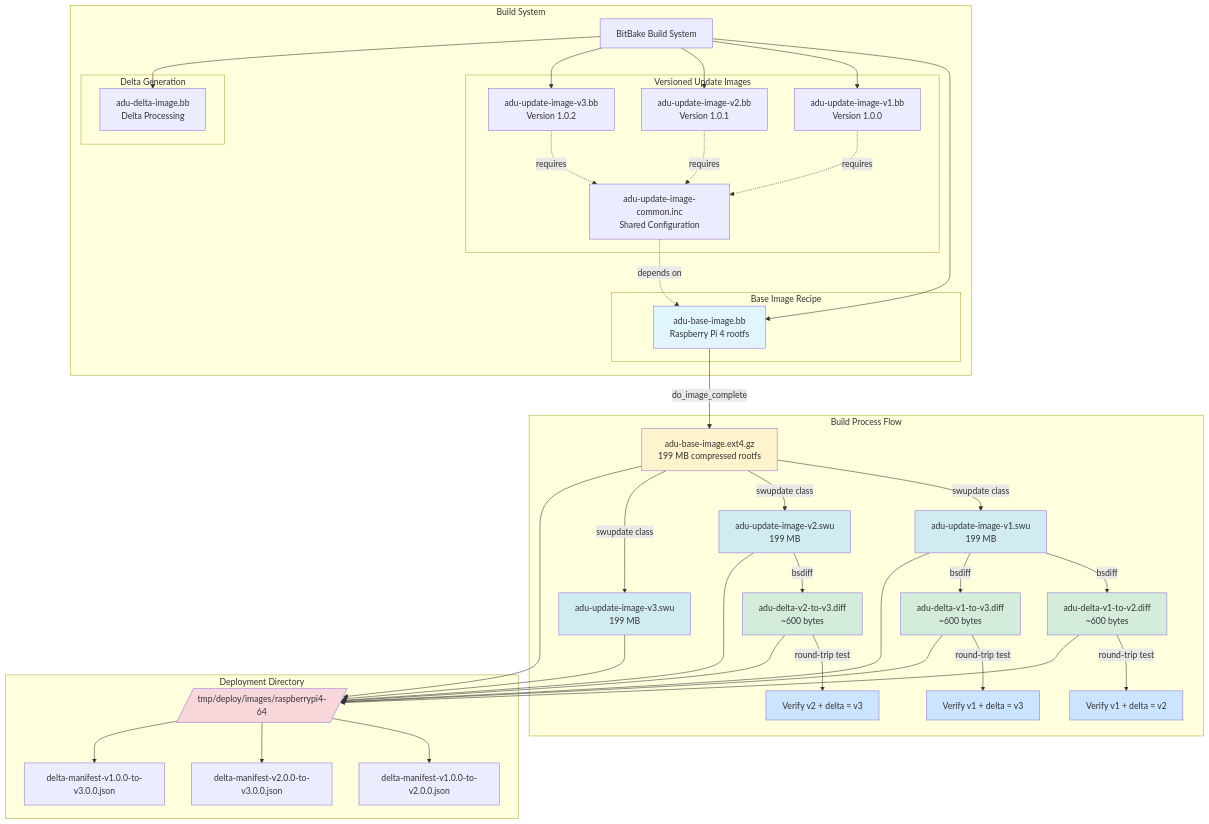
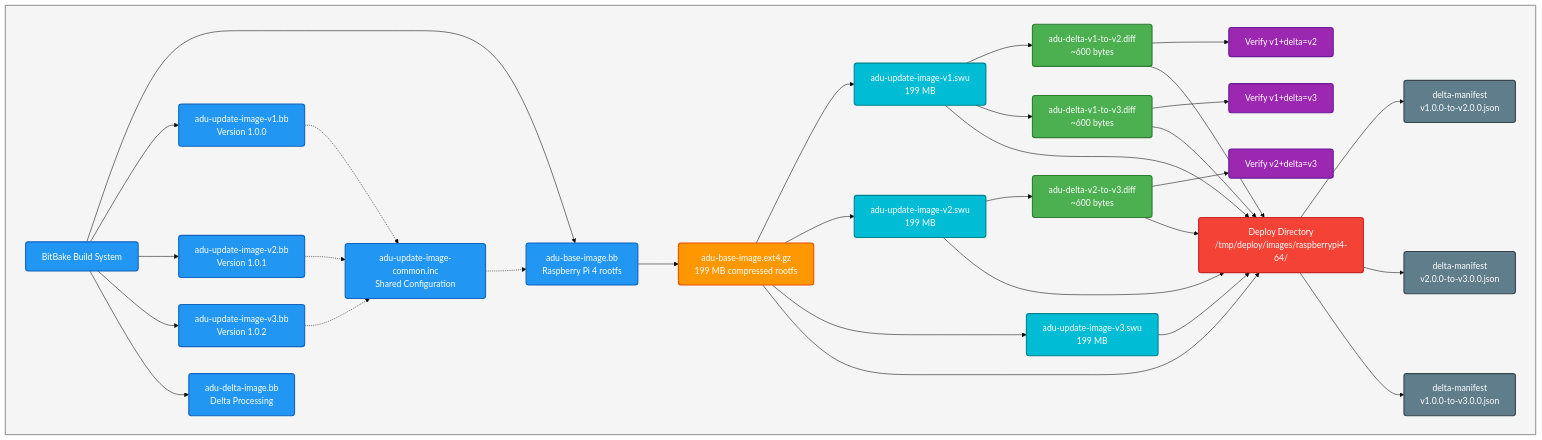
Before and after one commit to Azure/meta-iot-hub-device-update-delta: the diagram in README.md, drawn with Mermaid. The commit also changed 2 other files, not shown here.

Commit message:
Fix bsdiff build error Update document

````diff
--- a/README.md
+++ b/README.md
@@ -31,52 +31,57 @@
 ```mermaid
+%%{init: {'theme':'base', 'themeVariables': {'background':'#f5f5f5', 'mainBkg':'#f5f5f5', 'clusterBkg':'#f5f5f5', 'clusterBorder':'#ddd'}}}%%
 graph TB
-    subgraph "Build System"
+    subgraph diagram[" "]
         BB[BitBake Build System]
         
-        subgraph "Base Image Recipe"
-            BASE[adu-base-image.bb<br/>Raspberry Pi 4 rootfs]
-        end
+        BASE[adu-base-image.bb<br/>Raspberry Pi 4 rootfs]
+        V1[adu-update-image-v1.bb<br/>Version 1.0.0]
+        V2[adu-update-image-v2.bb<br/>Version 1.0.1]
+        V3[adu-update-image-v3.bb<br/>Version 1.0.2]
+        INC[adu-update-image-common.inc<br/>Shared Configuration]
+        DELTA[adu-delta-image.bb<br/>Delta Processing]
         
-        subgraph "Versioned Update Images"
-            V1[adu-update-image-v1.bb<br/>Version 1.0.0]
-            V2[adu-update-image-v2.bb<br/>Version 1.0.1]
-            V3[adu-update-image-v3.bb<br/>Version 1.0.2]
-            INC[adu-update-image-common.inc<br/>Shared Configuration]
-        end
+        EXT4[adu-base-image.ext4.gz<br/>199 MB compressed rootfs]
+        SWU1[adu-update-image-v1.swu<br/>199 MB]
+        SWU2[adu-update-image-v2.swu<br/>199 MB]
+        SWU3[adu-update-image-v3.swu<br/>199 MB]
         
-        subgraph "Delta Generation"
-            DELTA[adu-delta-image.bb<br/>Delta Processing]
-        end
+        D12[adu-delta-v1-to-v2.diff<br/>~600 bytes]
+        D23[adu-delta-v2-to-v3.diff<br/>~600 bytes]
+        D13[adu-delta-v1-to-v3.diff<br/>~600 bytes]
+        
+        VERIFY1[Verify v1+delta=v2]
+        VERIFY2[Verify v2+delta=v3]
+        VERIFY3[Verify v1+delta=v3]
+        
+        DEPLOY[Deploy Directory<br/>/tmp/deploy/images/raspberrypi4-64/]
+        M12[delta-manifest<br/>v1.0.0-to-v2.0.0.json]
+        M23[delta-manifest<br/>v2.0.0-to-v3.0.0.json]
+        M13[delta-manifest<br/>v1.0.0-to-v3.0.0.json]
         
         BB --> BASE
         BB --> V1
         BB --> V2
         BB --> V3
-        V1 -.requires.-> INC
-        V2 -.requires.-> INC
-        V3 -.requires.-> INC
-        INC -.depends on.-> BASE
         BB --> DELTA
-    end
-    
-    subgraph "Build Process Flow"
-        BASE -->|do_image_complete| EXT4[adu-base-image.ext4.gz<br/>199 MB compressed rootfs]
         
-        EXT4 -->|swupdate class| SWU1[adu-update-image-v1.swu<br/>199 MB]
-        EXT4 -->|swupdate class| SWU2[adu-update-image-v2.swu<br/>199 MB]
-        EXT4 -->|swupdate class| SWU3[adu-update-image-v3.swu<br/>199 MB]
+        V1 -.-> INC
+        V2 -.-> INC
+        V3 -.-> INC
+        INC -.-> BASE
         
-        SWU1 -->|bsdiff| D12[adu-delta-v1-to-v2.diff<br/>~600 bytes]
-        SWU2 -->|bsdiff| D23[adu-delta-v2-to-v3.diff<br/>~600 bytes]
-        SWU1 -->|bsdiff| D13[adu-delta-v1-to-v3.diff<br/>~600 bytes]
+        BASE --> EXT4
+        EXT4 --> SWU1
+        EXT4 --> SWU2
+        EXT4 --> SWU3
         
-        D12 -->|round-trip test| VERIFY1[Verify v1 + delta = v2]
-        D23 -->|round-trip test| VERIFY2[Verify v2 + delta = v3]
-        D13 -->|round-trip test| VERIFY3[Verify v1 + delta = v3]
-    end
-    
-    subgraph "Deployment Directory"
-        DEPLOY[/tmp/deploy/images/raspberrypi4-64/]
+        SWU1 --> D12
+        SWU2 --> D23
+        SWU1 --> D13
+        
+        D12 --> VERIFY1
+        D23 --> VERIFY2
+        D13 --> VERIFY3
         
         EXT4 --> DEPLOY
         SWU1 --> DEPLOY
@@ -86,21 +91,26 @@
         D23 --> DEPLOY
         D13 --> DEPLOY
         
-        DEPLOY --> M12[delta-manifest-v1.0.0-to-v2.0.0.json]
-        DEPLOY --> M23[delta-manifest-v2.0.0-to-v3.0.0.json]
-        DEPLOY --> M13[delta-manifest-v1.0.0-to-v3.0.0.json]
+        DEPLOY --> M12
+        DEPLOY --> M23
+        DEPLOY --> M13
     end
     
-    style BASE fill:#e1f5ff
-    style EXT4 fill:#fff3cd
-    style SWU1 fill:#d1ecf1
-    style SWU2 fill:#d1ecf1
-    style SWU3 fill:#d1ecf1
-    style D12 fill:#d4edda
-    style D23 fill:#d4edda
-    style D13 fill:#d4edda
-    style DEPLOY fill:#f8d7da
-    style VERIFY1 fill:#cce5ff
-    style VERIFY2 fill:#cce5ff
-    style VERIFY3 fill:#cce5ff
+    classDef buildRecipe fill:#2196F3,stroke:#1565C0,stroke-width:2px,color:#fff,rx:5,ry:5
+    classDef artifact fill:#FF9800,stroke:#E65100,stroke-width:2px,color:#fff,rx:5,ry:5
+    classDef swuFile fill:#00BCD4,stroke:#00838F,stroke-width:2px,color:#fff,rx:5,ry:5
+    classDef deltaFile fill:#4CAF50,stroke:#2E7D32,stroke-width:2px,color:#fff,rx:5,ry:5
+    classDef verify fill:#9C27B0,stroke:#6A1B9A,stroke-width:2px,color:#fff,rx:5,ry:5
+    classDef deploy fill:#F44336,stroke:#C62828,stroke-width:2px,color:#fff,rx:5,ry:5
+    classDef manifest fill:#607D8B,stroke:#37474F,stroke-width:2px,color:#fff,rx:5,ry:5
+    
+    class BB,BASE,V1,V2,V3,INC,DELTA buildRecipe
+    class EXT4 artifact
+    class SWU1,SWU2,SWU3 swuFile
+    class D12,D23,D13 deltaFile
+    class VERIFY1,VERIFY2,VERIFY3 verify
+    class DEPLOY deploy
+    class M12,M23,M13 manifest
+    
+    style diagram fill:#f5f5f5,stroke:#999,stroke-width:2px
 ```
````
